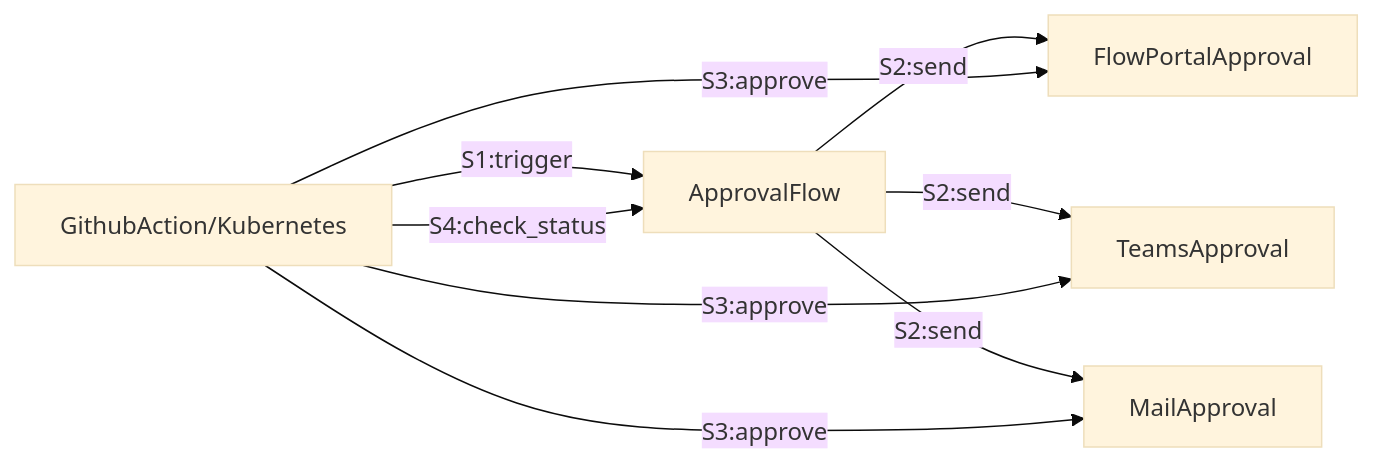
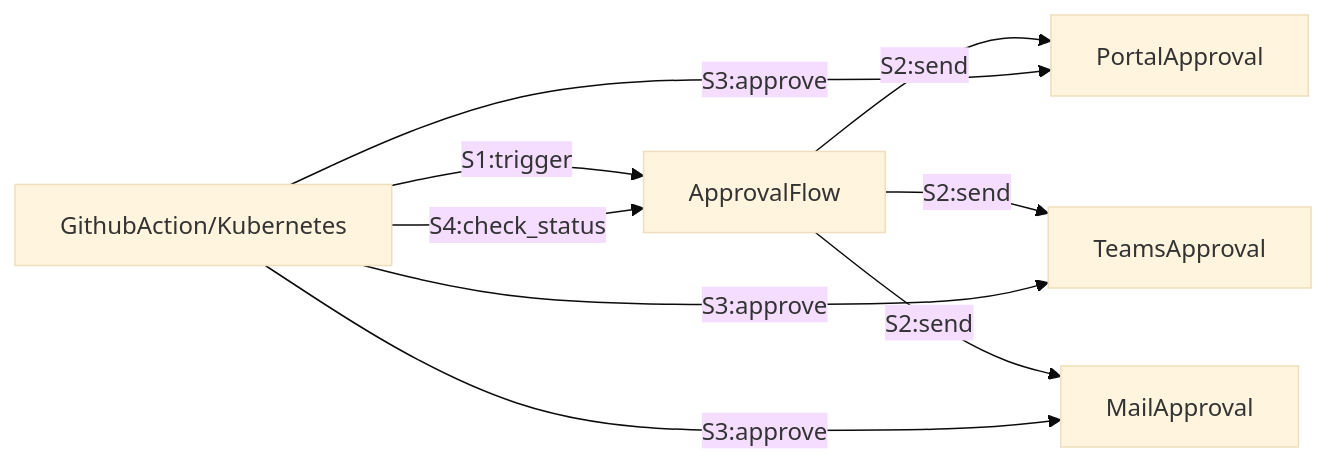
The diagram in README.md (jianxu42/E2E-Approval-Flow), drawn with Mermaid (base theme) before and after one commit.

````diff
--- a/README.md
+++ b/README.md
@@ -7,11 +7,11 @@
 ```mermaid
 graph LR
     Playwright[GithubAction/Kubernetes]--S1:trigger-->ApprovalFlow;
-    ApprovalFlow--S2:send-->FlowPortalApproval;
+    ApprovalFlow--S2:send-->PortalApproval;
     ApprovalFlow--S2:send-->TeamsApproval;
     ApprovalFlow--S2:send-->MailApproval;
-    Playwright[GithubAction/Kubernetes]--S3:approve-->FlowPortalApproval;
+    Playwright[GithubAction/Kubernetes]--S3:approve-->PortalApproval;
     Playwright[GithubAction/Kubernetes]--S3:approve-->TeamsApproval;
     Playwright[GithubAction/Kubernetes]--S3:approve-->MailApproval;
     Playwright[GithubAction/Kubernetes]--S4:check_status-->ApprovalFlow;
 ```
````
